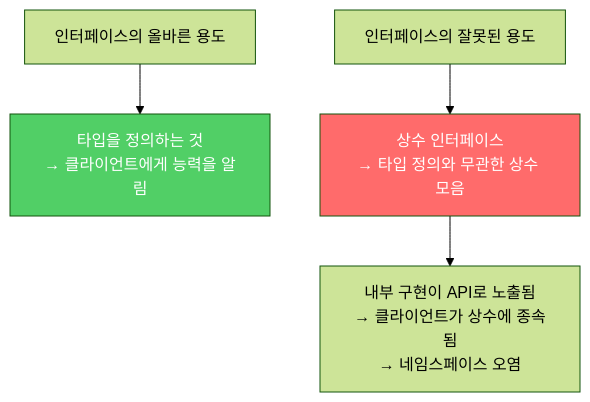
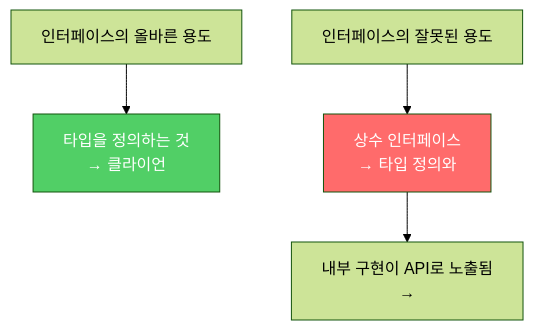
Before and after one commit to yjkim2015/yjkim2015.github.io: the third of 3 diagrams in _posts/java/2022-01-04-effective-java22.md, drawn with Mermaid (forest theme). The commit also changed other lines of this file and 271 other files, not shown here.

First line of the commit message:
Mermaid 라벨 축소: 긴 노드 텍스트 18자 이하로 트림 + \n 제거

````diff
--- a/_posts/java/2022-01-04-effective-java22.md
+++ b/_posts/java/2022-01-04-effective-java22.md
@@ -151,8 +151,8 @@
 ```mermaid
 graph TD
-    A["인터페이스의 올바른 용도"] --> B["타입을 정의하는 것\n→ 클라이언트에게 능력을 알림"]
-    C["인터페이스의 잘못된 용도"] --> D["상수 인터페이스\n→ 타입 정의와 무관한 상수 모음"]
-    D --> E["내부 구현이 API로 노출됨\n→ 클라이언트가 상수에 종속됨\n→ 네임스페이스 오염"]
+    A["인터페이스의 올바른 용도"] --> B["타입을 정의하는 것\n→ 클라이언"]
+    C["인터페이스의 잘못된 용도"] --> D["상수 인터페이스\n→ 타입 정의와"]
+    D --> E["내부 구현이 API로 노출됨\n→"]
     style B fill:#51cf66,color:#fff
     style D fill:#ff6b6b,color:#fff
 ```
````
